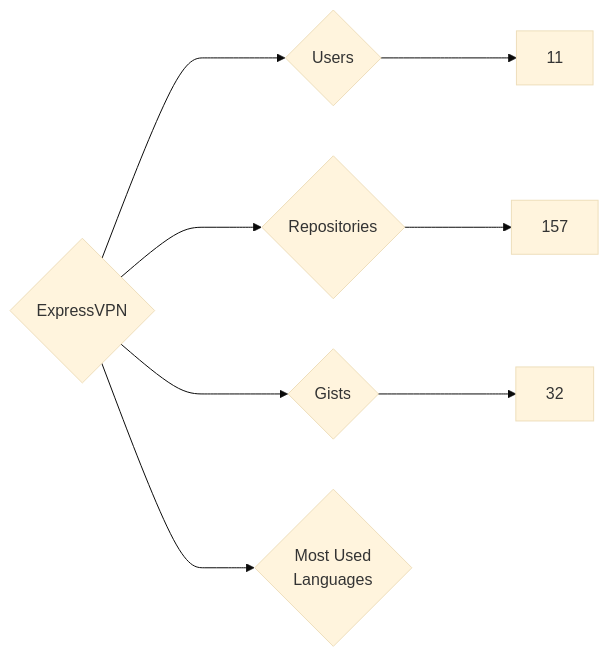
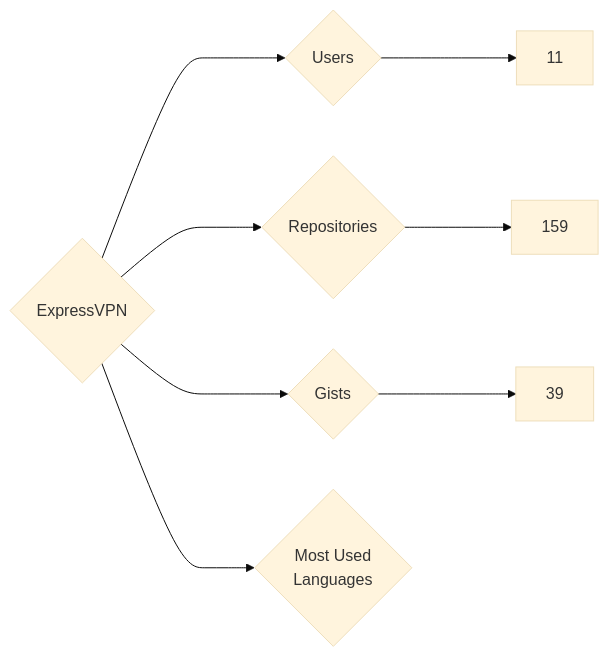
The diagram in targets/ExpressVPN/README.md (nenadzaric/insiders), drawn with Mermaid (base theme) before and after one commit. The commit also changed 1342 other files, not shown here.

````diff
--- a/targets/ExpressVPN/README.md
+++ b/targets/ExpressVPN/README.md
@@ -3,8 +3,8 @@
 ```mermaid
 graph LR
 COMPANY_NAME{ExpressVPN}
 COMPANY_NAME ---> U{Users} ---> UN[11]
-COMPANY_NAME ---> R{Repositories} ---> RN[157]
-COMPANY_NAME ---> G{Gists} ---> GN[32]
+COMPANY_NAME ---> R{Repositories} ---> RN[159]
+COMPANY_NAME ---> G{Gists} ---> GN[39]
 COMPANY_NAME ---> ML{Most Used<br>Languages}
 ```
````
